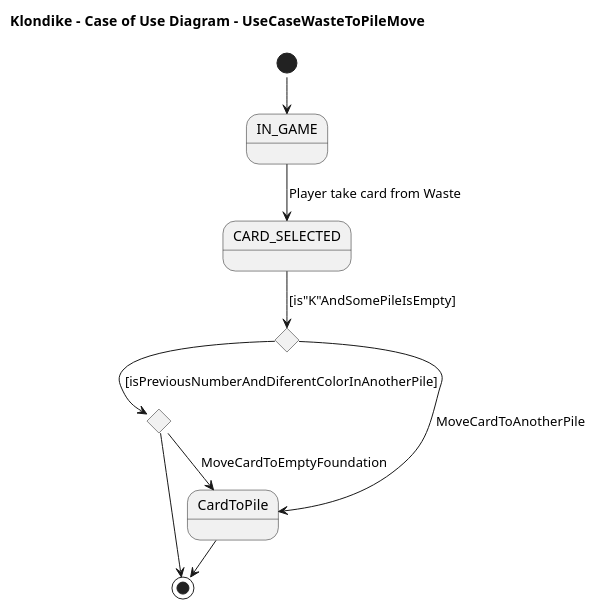
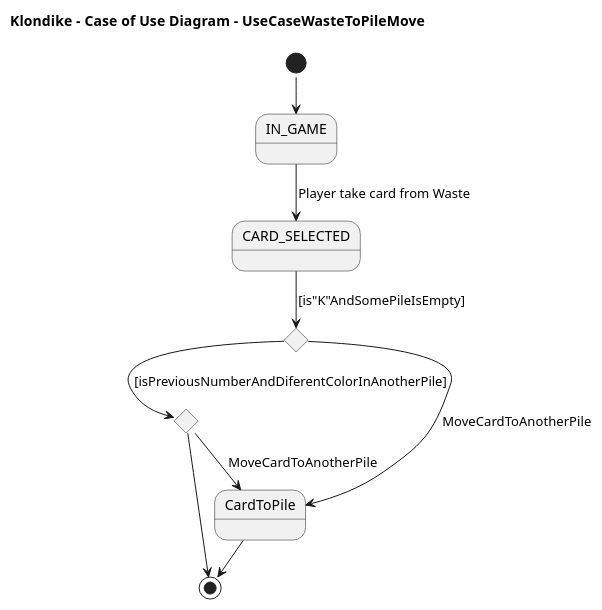
The diagram in 2 Modelo de vistas de caso de uso/Diagrama de caso de uso - WasteToPileMove.plantuml (AngelOS95P/Maestria_IngSoftware_grupo6), drawn with PlantUML before and after one commit. The commit also changed 2 other files, not shown here.

Commit message:
Pablo. CU contexto WastePileMove y Upd arquitecturapaqutes_mvc

```diff
--- a/2 Modelo de vistas de caso de uso/Diagrama de caso de uso - WasteToPileMove.plantuml
+++ b/2 Modelo de vistas de caso de uso/Diagrama de caso de uso - WasteToPileMove.plantuml
@@ -1,23 +1,23 @@
 @startuml UseCaseWasteToPileMove
 !pragma layout smetana
 title Klondike  - Case of Use Diagram - UseCaseWasteToPileMove
 
 
 state IN_GAME
 state CARD_SELECTED
 state if <<choice>>
 state if2 <<choice>>
 
 state CardToPile
 
 [*] --> IN_GAME
 IN_GAME --> CARD_SELECTED: Player take card from Waste
 CARD_SELECTED --> if: [is"K"AndSomePileIsEmpty]
 if --> if2:[isPreviousNumberAndDiferentColorInAnotherPile]
 if --> CardToPile: MoveCardToAnotherPile
-if2 --> CardToPile: MoveCardToEmptyFoundation
+if2 --> CardToPile: MoveCardToAnotherPile
 if2 --> [*]
 
 CardToPile--> [*]
 
 @enduml
```
